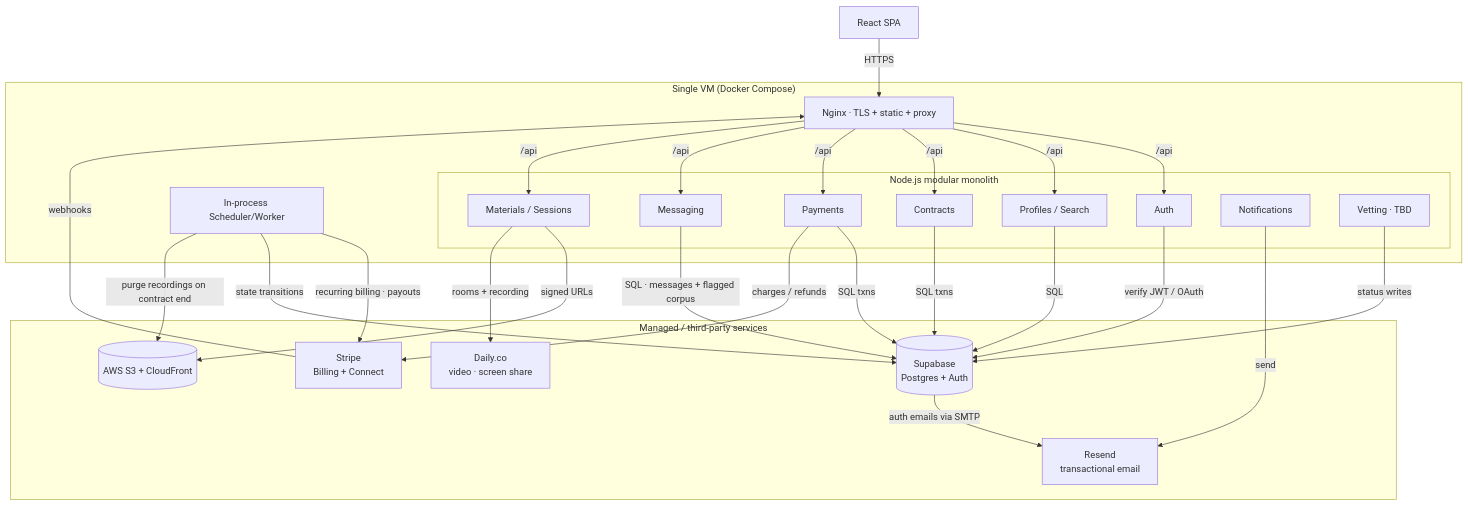
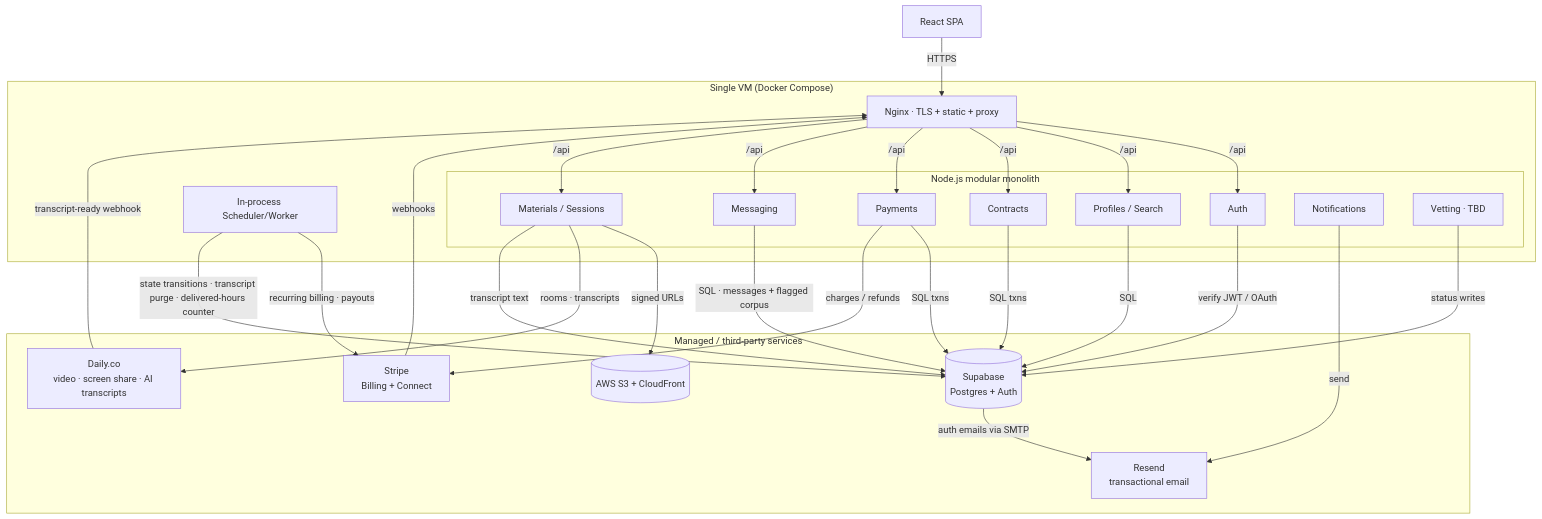
Before and after one commit to Vishnu373/nisbah-learning: the first of 3 diagrams in nisbah-learning-design-doc.md, drawn with Mermaid. The commit also changed other lines of this file and 1 other file, not shown here.

Commit message:
doc updated, video recording removed

````diff
--- a/nisbah-learning-design-doc.md
+++ b/nisbah-learning-design-doc.md
@@ -42,47 +42,48 @@
 ```mermaid
 graph TD
     Browser[React SPA]
 
     subgraph VM["Single VM (Docker Compose)"]
         Nginx[Nginx · TLS + static + proxy]
         subgraph App["Node.js modular monolith"]
             Auth[Auth]
             Profiles[Profiles / Search]
             Contracts[Contracts]
             Payments[Payments]
             Messaging[Messaging]
             Media[Materials / Sessions]
             Notifications[Notifications]
             Vetting[Vetting · TBD]
         end
         Worker[In-process Scheduler/Worker]
     end
 
     subgraph Ext["Managed / third-party services"]
         Supabase[(Supabase<br/>Postgres + Auth)]
         ObjStore[(AWS S3 + CloudFront)]
         Stripe[Stripe<br/>Billing + Connect]
-        Video[Daily.co<br/>video · screen share]
+        Video[Daily.co<br/>video · screen share · AI transcripts]
         Email[Resend<br/>transactional email]
     end
 
     Browser -->|HTTPS| Nginx
     Nginx -->|/api| Auth & Profiles & Contracts & Payments & Messaging & Media
     Stripe -->|webhooks| Nginx
+    Video -->|transcript-ready webhook| Nginx
 
     Auth -->|verify JWT / OAuth| Supabase
     Profiles -->|SQL| Supabase
     Contracts -->|SQL txns| Supabase
     Payments -->|SQL txns| Supabase
     Payments -->|charges / refunds| Stripe
     Messaging -->|SQL · messages + flagged corpus| Supabase
     Media -->|signed URLs| ObjStore
-    Media -->|rooms + recording| Video
+    Media -->|rooms · transcripts| Video
+    Media -->|transcript text| Supabase
     Vetting -->|status writes| Supabase
 
     Worker -->|recurring billing · payouts| Stripe
-    Worker -->|state transitions| Supabase
-    Worker -->|purge recordings on contract end| ObjStore
+    Worker -->|state transitions · transcript purge · delivered-hours counter| Supabase
     Notifications -->|send| Email
     Supabase -->|auth emails via SMTP| Email
 ```
````
